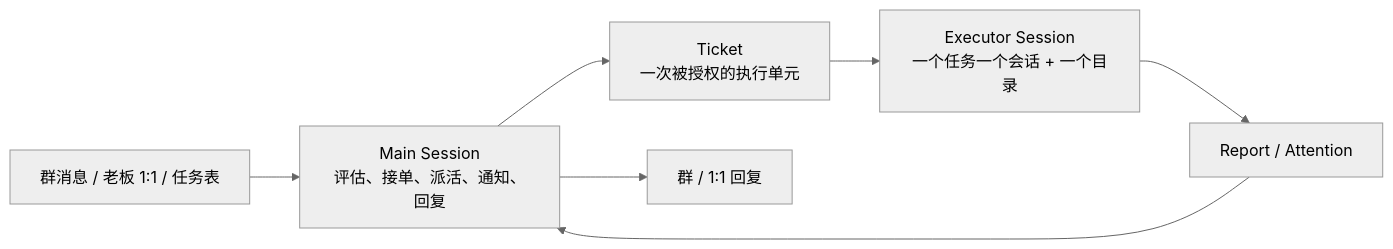
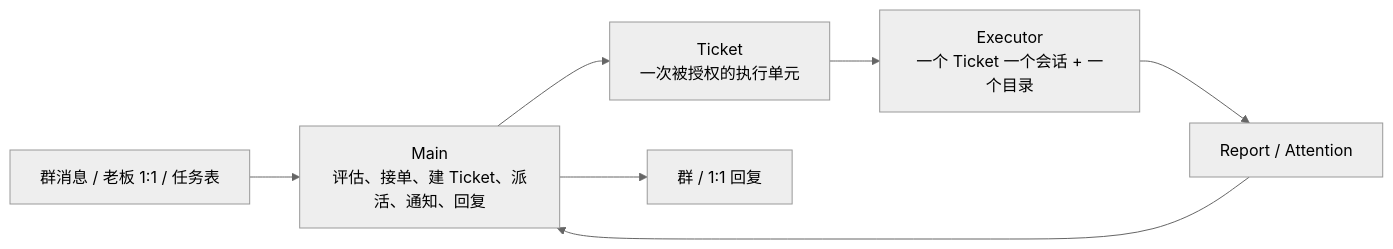
The second of 2 diagrams in docs/FUTURE-DESIGN.md (GoldenTellus/workbuddy-anc), drawn with Mermaid (neutral theme) before and after one commit. The commit also changed other lines of this file and 1 other file, not shown here.

````diff
--- a/docs/FUTURE-DESIGN.md
+++ b/docs/FUTURE-DESIGN.md
@@ -302,9 +304,9 @@
 ```mermaid
 flowchart LR
-  A["群消息 / 老板 1:1 / 任务表"] --> B["Main Session<br/>评估、接单、派活、通知、回复"]
+  A["群消息 / 老板 1:1 / 任务表"] --> B["Main<br/>评估、接单、建 Ticket、派活、通知、回复"]
   B --> C["Ticket<br/>一次被授权的执行单元"]
-  C --> D["Executor Session<br/>一个任务一个会话 + 一个目录"]
+  C --> D["Executor<br/>一个 Ticket 一个会话 + 一个目录"]
   D --> E["Report / Attention"]
   E --> B
   B --> F["群 / 1:1 回复"]
 ```
````
